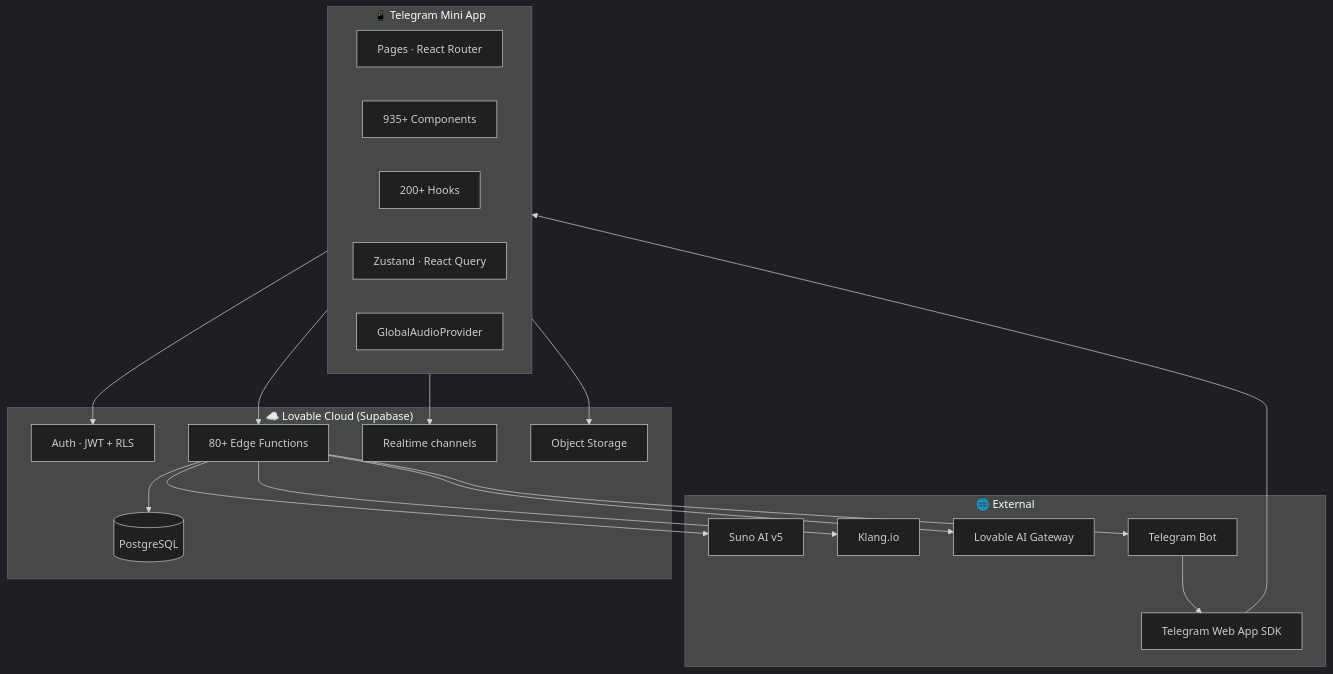
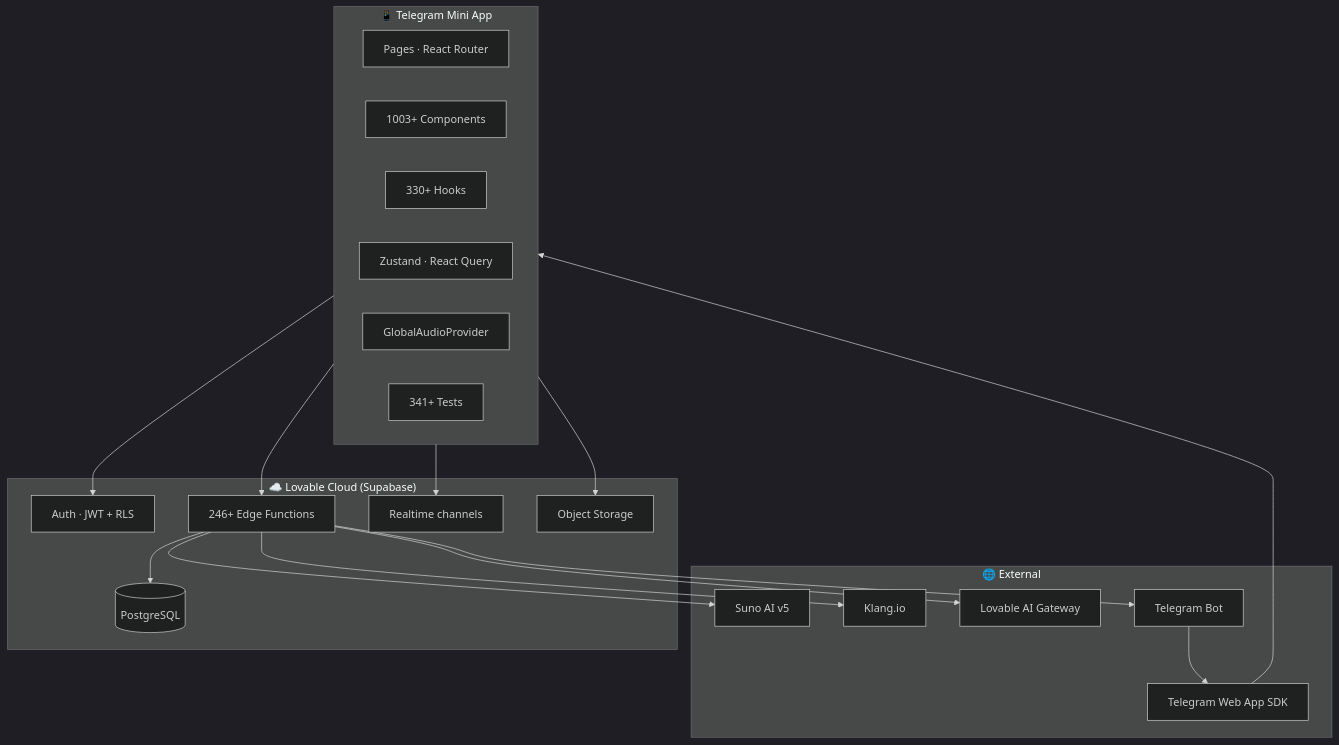
The first of 4 diagrams in ARCHITECTURE_HUB.md (HOW2AI-AGENCY/aimusicverse), drawn with Mermaid (dark theme) before and after one commit. The commit also changed other lines of this file and 3 other files, not shown here.

Commit message:
chore(sprint-037): close remaining gaps - analyze script, 6th story, ARCHITECTURE_HUB verification

````diff
--- a/ARCHITECTURE_HUB.md
+++ b/ARCHITECTURE_HUB.md
@@ -29,35 +31,36 @@
 ```mermaid
 flowchart TB
     subgraph Client["📱 Telegram Mini App"]
         Pages[Pages · React Router]
-        Comps[935+ Components]
-        Hooks[200+ Hooks]
+        Comps[1003+ Components]
+        Hooks[330+ Hooks]
         State[Zustand · React Query]
         Audio[GlobalAudioProvider]
+        Tests[341+ Tests]
     end
     subgraph Backend["☁️ Lovable Cloud (Supabase)"]
         Auth[Auth · JWT + RLS]
         DB[(PostgreSQL)]
-        Edge[80+ Edge Functions]
+        Edge[246+ Edge Functions]
         Storage[Object Storage]
         Realtime[Realtime channels]
     end
     subgraph External["🌐 External"]
         Suno[Suno AI v5]
         Klang[Klang.io]
         Gateway[Lovable AI Gateway]
         Bot[Telegram Bot]
         TG[Telegram Web App SDK]
     end
     Client --> Auth
     Client --> Edge
     Client --> Realtime
     Client --> Storage
     Edge --> DB
     Edge --> Suno
     Edge --> Klang
     Edge --> Gateway
     Edge --> Bot
     Bot --> TG
     TG --> Client
 ```
````
